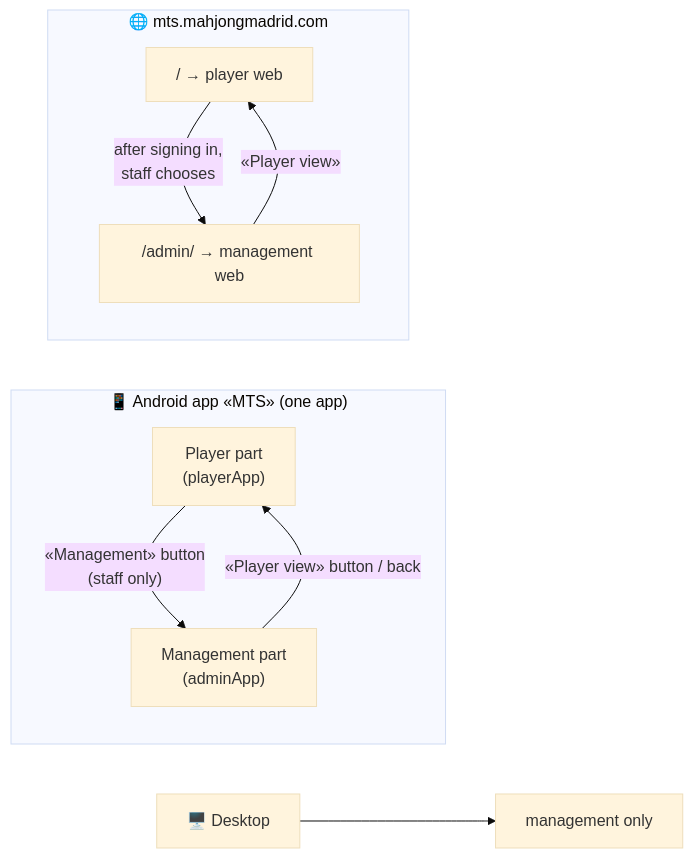
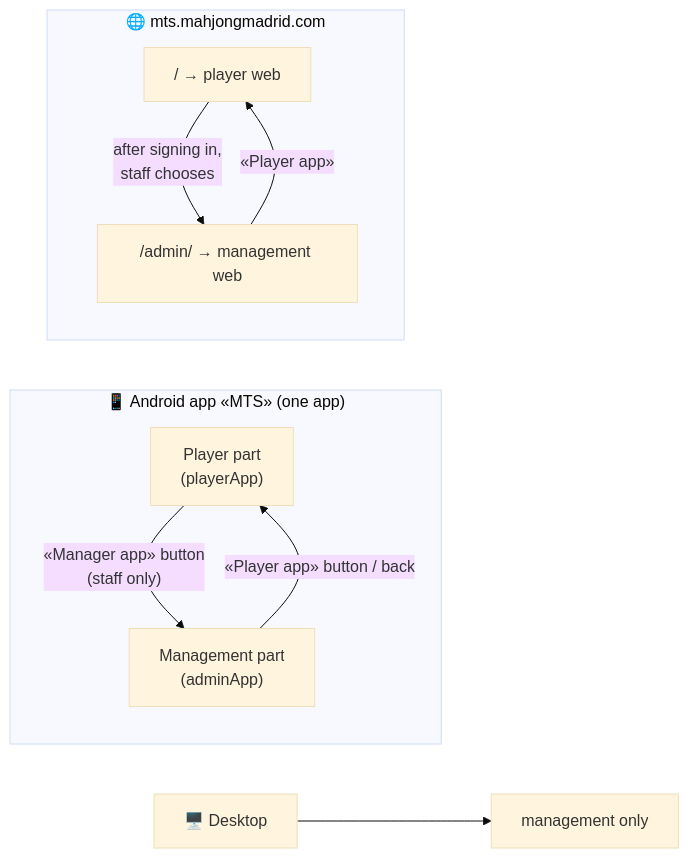
One commit to ernestovega/MahjongTournamentSuite_KMP changed the first of 3 diagrams in docs/architecture/screens.md. Above: the diagram before and after it, drawn with Mermaid (base theme). The commit also changed other lines of this file and 19 other files, not shown here.

First line of the commit message:
Rename the app switch buttons to Player app and Manager app

````diff
--- a/docs/architecture/screens.md
+++ b/docs/architecture/screens.md
@@ -7,12 +7,12 @@
 ```mermaid
 flowchart LR
   subgraph Android["📱 Android app «MTS» (one app)"]
-    AP["Player part<br/>(playerApp)"] -- "«Management» button<br/>(staff only)" --> AA["Management part<br/>(adminApp)"]
-    AA -- "«Player view» button / back" --> AP
+    AP["Player part<br/>(playerApp)"] -- "«Manager app» button<br/>(staff only)" --> AA["Management part<br/>(adminApp)"]
+    AA -- "«Player app» button / back" --> AP
   end
   subgraph Web["🌐 mts.mahjongmadrid.com"]
     WP["/ → player web"] -- "after signing in,<br/>staff chooses" --> WA["/admin/ → management web"]
-    WA -- "«Player view»" --> WP
+    WA -- "«Player app»" --> WP
   end
   D["🖥️ Desktop"] --> DA["management only"]
 ```
````
